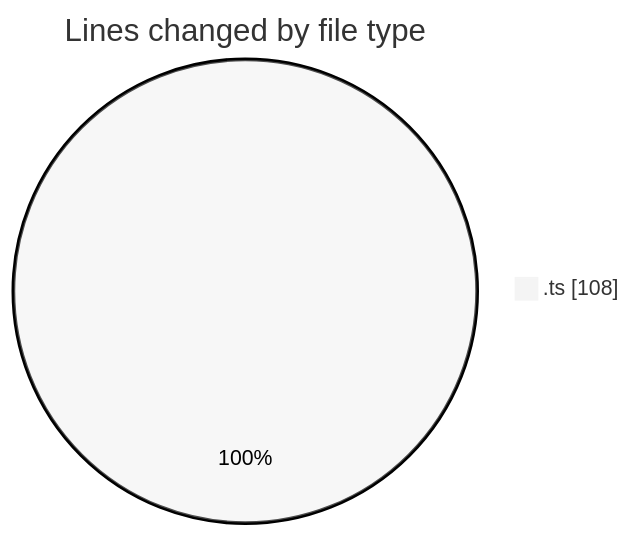
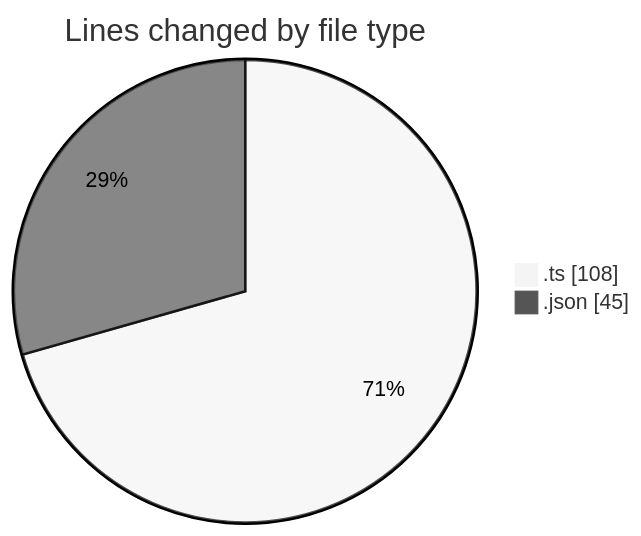
The first of 2 diagrams in 2025-07-12/ribbon/README.md (EIIisD/code-tracking), drawn with Mermaid (neutral theme) before and after one commit. The commit also changed other lines of this file and 1 other file, not shown here.

````diff
--- a/2025-07-12/ribbon/README.md
+++ b/2025-07-12/ribbon/README.md
@@ -20,5 +21,6 @@
 ```mermaid
 pie showData
 title Lines changed by file type
 ".ts" : 108
+".json" : 45
 ```
````
